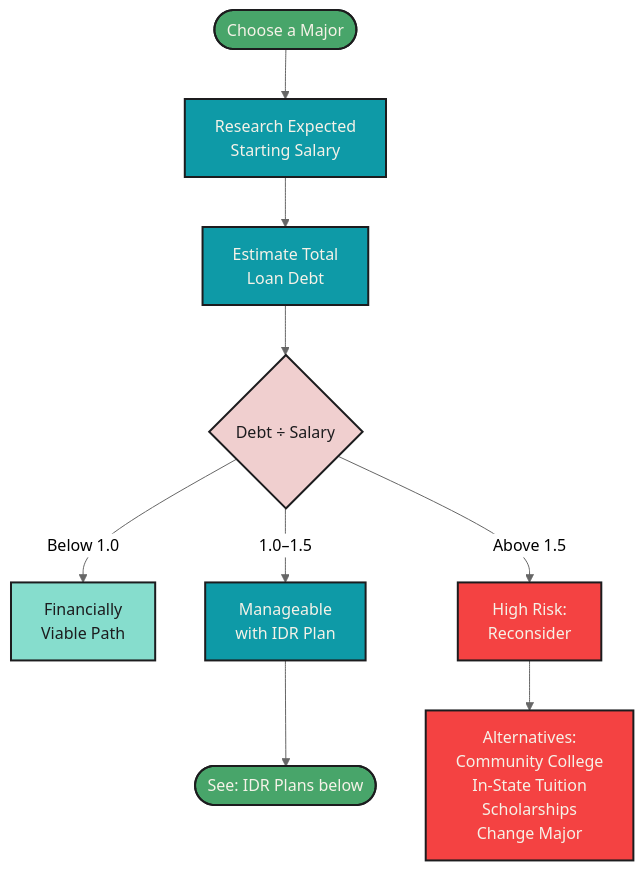
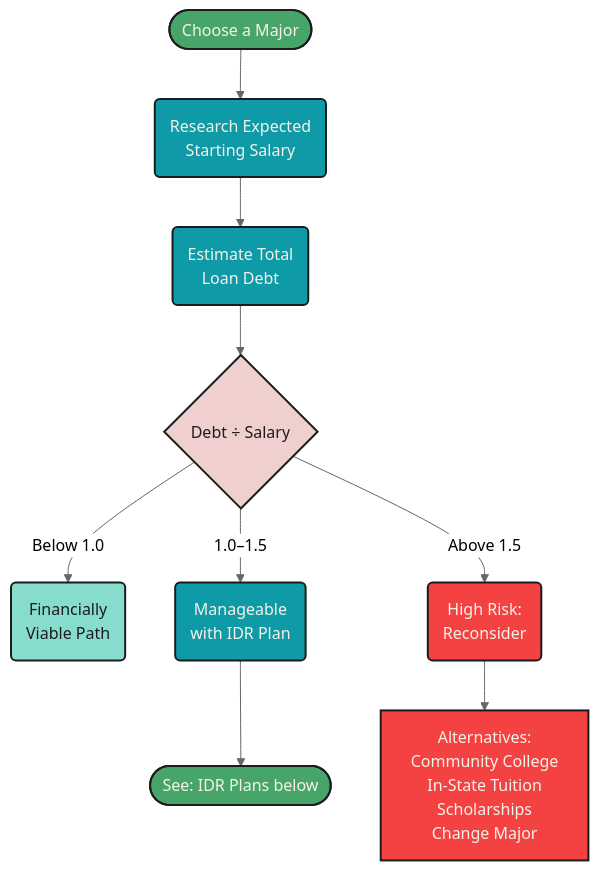
One commit to mjfrigaard/fm-finance changed the second of 7 diagrams in managing_debt.qmd. Above: the diagram before and after it, drawn with Mermaid. The commit also changed other lines of this file and 20 other files, not shown here.

Commit message:
updates to mermaid diagrams

````diff
--- a/managing_debt.qmd
+++ b/managing_debt.qmd
@@ -136,24 +108,24 @@
 ```{mermaid}
 %%| fig-cap: 'Major vs. Salary vs. Debt'
 %%| fig-align: center
-%%{init: {'theme': 'neutral', 'themeVariables': { 'fontFamily': 'monospace', "fontSize":"16px"}}}%%
+%%{init: {'theme': 'neutral', 'themeVariables': { 'fontFamily': 'monospace', "darkMode":false, "fontSize":"16px"}}}%%
 
 flowchart TD
-    MajorChoice([Choose a Major]) --> ResearchSal[Research Expected<br>Starting Salary]
-    ResearchSal --> EstDebt[Estimate Total<br>Loan Debt]
-    EstDebt --> RatioCheck{Debt ÷ Salary}
-    RatioCheck -->|"Below 1.0"| Viable[Financially<br>Viable Path]
-    RatioCheck -->|"1.0–1.5"| IDRPath[Manageable<br>with IDR Plan]
-    RatioCheck -->|"Above 1.5"| HighRisk[High Risk:<br>Reconsider]
+    MajorChoice(["Choose a Major"]) --> ResearchSal("Research Expected<br>Starting Salary")
+    ResearchSal --> EstDebt("Estimate Total<br>Loan Debt")
+    EstDebt --> RatioCheck{"Debt ÷ Salary"}
+    RatioCheck -->|"Below 1.0"| Viable("Financially<br>Viable Path")
+    RatioCheck -->|"1.0–1.5"| IDRPath("Manageable<br>with IDR Plan")
+    RatioCheck -->|"Above 1.5"| HighRisk("High Risk:<br>Reconsider")
     HighRisk --> Alternatives["Alternatives:<br>Community College<br>In-State Tuition<br>Scholarships<br>Change Major"]
-    IDRPath --> IDRSection([See: IDR Plans below])
+    IDRPath --> IDRSection(["See: IDR Plans below"])
     style MajorChoice fill:#48a56a,color:#F5F2E8,stroke:#1C1C1E,stroke-width:2px
     style ResearchSal fill:#0e9aa7,color:#F5F2E8,stroke:#1C1C1E,stroke-width:2px
     style EstDebt fill:#0e9aa7,color:#F5F2E8,stroke:#1C1C1E,stroke-width:2px
     style RatioCheck fill:#f0cfcf,color:#1C1C1E,stroke:#1C1C1E,stroke-width:2px
     style Viable fill:#86ddcd,color:#1C1C1E,stroke:#1C1C1E,stroke-width:2px
     style IDRPath fill:#0e9aa7,color:#F5F2E8,stroke:#1C1C1E,stroke-width:2px
     style HighRisk fill:#f44242,color:#F5F2E8,stroke:#1C1C1E,stroke-width:2px
     style Alternatives fill:#f44242,color:#F5F2E8,stroke:#1C1C1E,stroke-width:2px
     style IDRSection fill:#48a56a,color:#F5F2E8,stroke:#1C1C1E,stroke-width:2px
 ```
````
